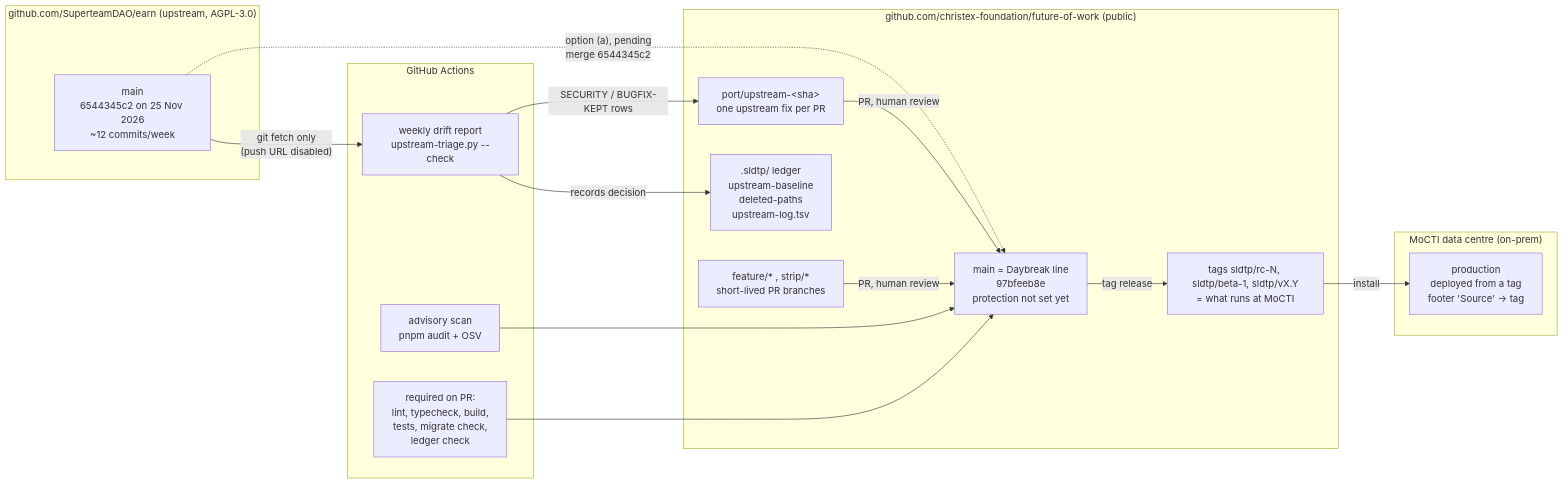
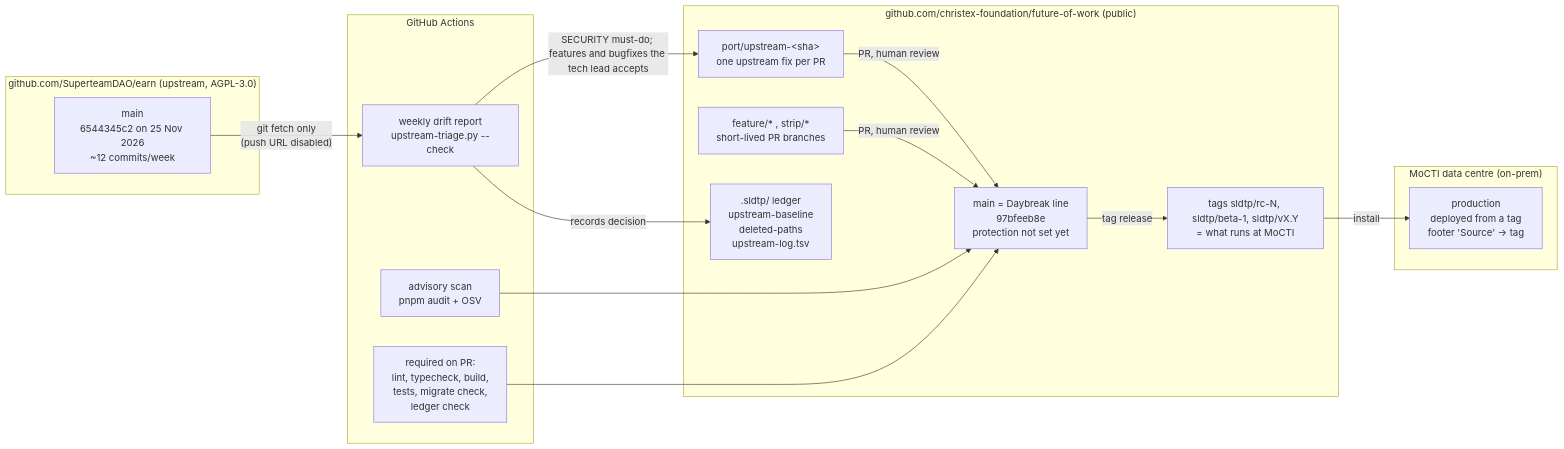
The first of 2 diagrams in docs/fork-and-upstream-sync.md (christex-foundation/future-of-work), drawn with Mermaid before and after one commit. The commit also changed other lines of this file and 3 other files, not shown here.

````diff
--- a/docs/fork-and-upstream-sync.md
+++ b/docs/fork-and-upstream-sync.md
@@ -131,31 +131,30 @@
 ```mermaid
 flowchart LR
   subgraph GH_UP["github.com/SuperteamDAO/earn (upstream, AGPL-3.0)"]
     UM["main<br/>6544345c2 on 25 Nov 2026<br/>~12 commits/week"]
   end
   subgraph GH_FORK["github.com/christex-foundation/future-of-work (public)"]
     M["main = Daybreak line<br/>97bfeeb8e<br/>protection not set yet"]
     FB["feature/* , strip/*<br/>short-lived PR branches"]
     UP["port/upstream-&lt;sha&gt;<br/>one upstream fix per PR"]
     T["tags sldtp/rc-N, sldtp/beta-1, sldtp/vX.Y<br/>= what runs at MoCTI"]
     L[".sldtp/ ledger<br/>upstream-baseline<br/>deleted-paths<br/>upstream-log.tsv"]
   end
   subgraph CI["GitHub Actions"]
     D["weekly drift report<br/>upstream-triage.py --check"]
     S["advisory scan<br/>pnpm audit + OSV"]
     R["required on PR:<br/>lint, typecheck, build,<br/>tests, migrate check,<br/>ledger check"]
   end
   subgraph DC["MoCTI data centre (on-prem)"]
     P["production<br/>deployed from a tag<br/>footer 'Source' -> tag"]
   end
   UM -- "git fetch only<br/>(push URL disabled)" --> D
-  UM -. "option (a), pending<br/>merge 6544345c2" .-> M
-  D -- "SECURITY / BUGFIX-KEPT rows" --> UP
+  D -- "SECURITY must-do; features and bugfixes the tech lead accepts" --> UP
   UP -- "PR, human review" --> M
   FB -- "PR, human review" --> M
   D -- "records decision" --> L
   M -- "tag release" --> T
   T -- "install" --> P
   S --> M
   R --> M
 ```
````
